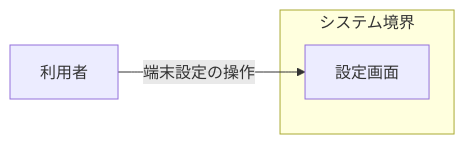
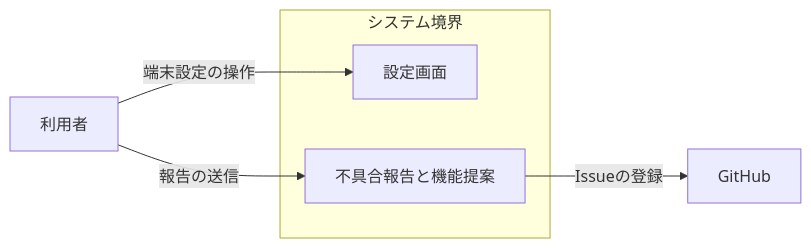
One commit to nekono-dev/skyshare changed the second of 6 diagrams in docs/architecture/app-shell.md. Above: the diagram before and after it, drawn with Mermaid. The commit also changed other lines of this file and 52 other files, not shown here.

````diff
--- a/docs/architecture/app-shell.md
+++ b/docs/architecture/app-shell.md
@@ -44,7 +55,10 @@
 ```mermaid
 flowchart LR
   subgraph システム境界
     settings["設定画面"]
+    report["不具合報告と機能提案"]
   end
   ext_user["利用者"] -->|端末設定の操作| settings
+  ext_user -->|報告の送信| report
+  report -->|Issueの登録| ext_github["GitHub"]
 ```
````
